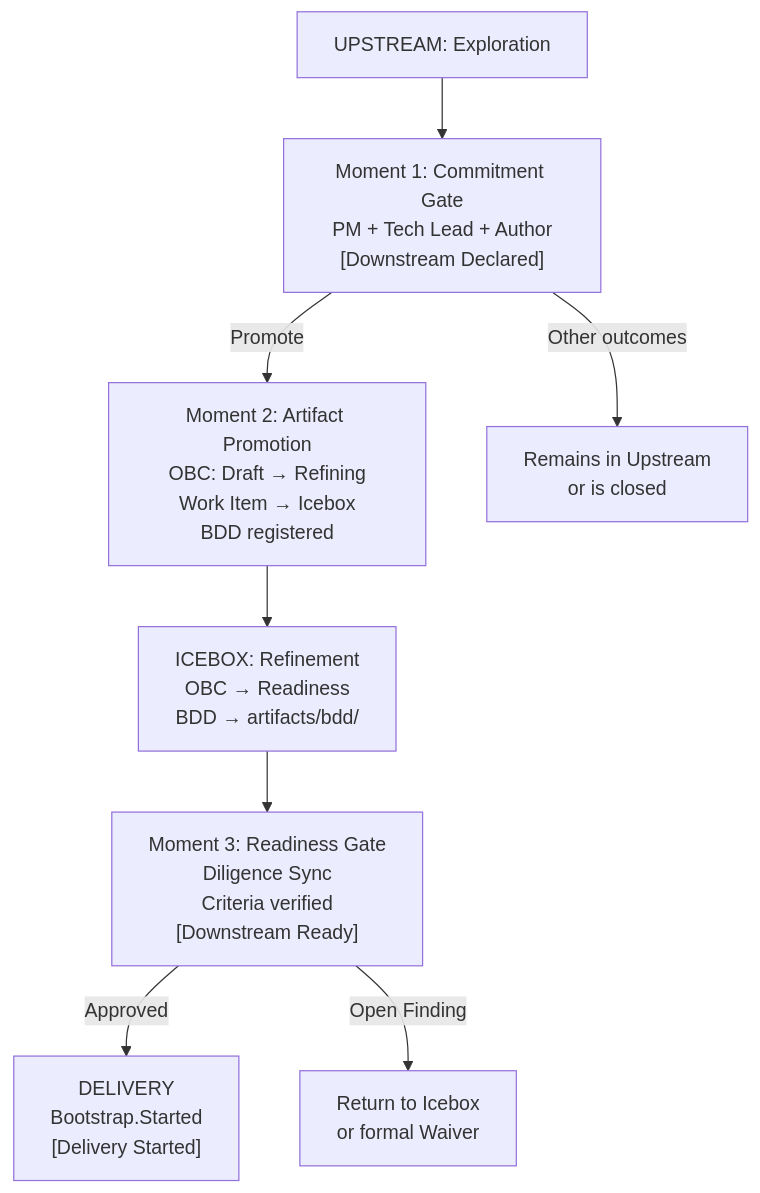
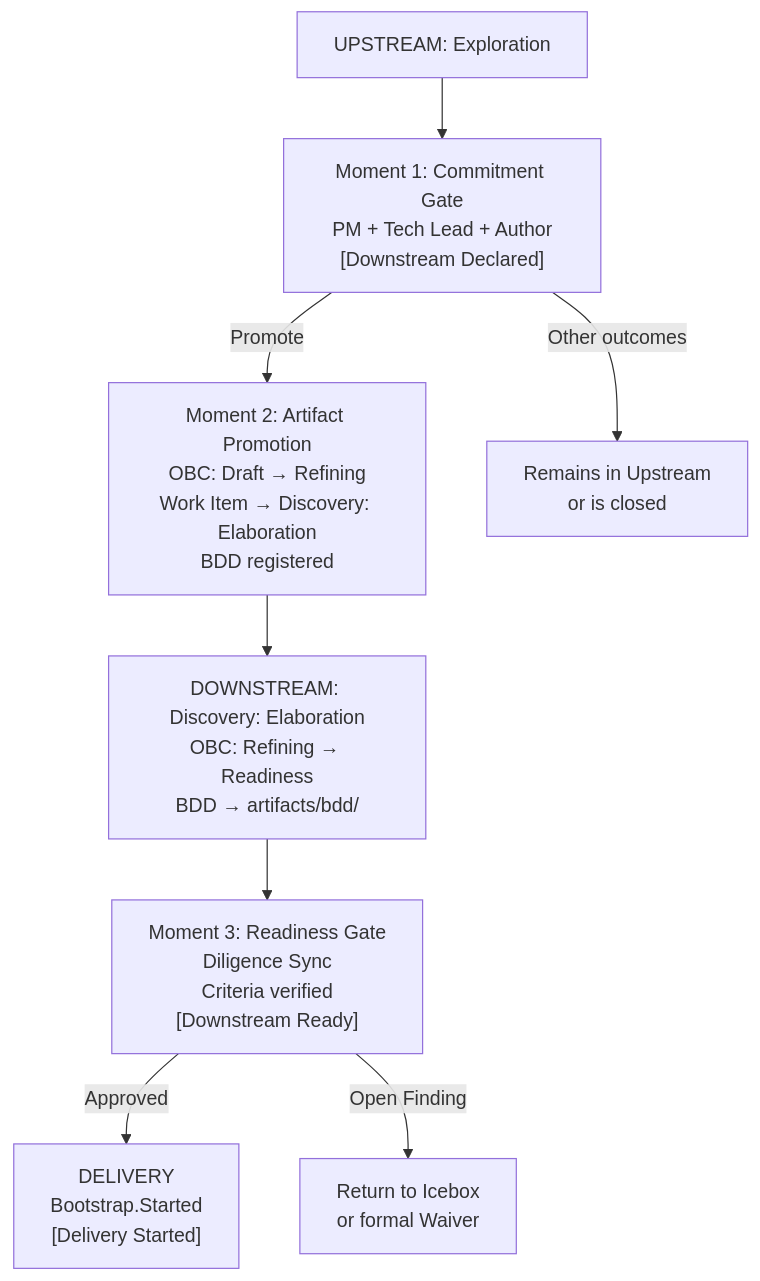
The first of 2 diagrams in en/chapter-06.md (produtoreativo/from-intent-to-outcome), drawn with Mermaid before and after one commit. The commit also changed other lines of this file and 6 other files, not shown here.

First line of the commit message:
refactor: introduz VIEW hierarchy do PIB (Icebox, Upstream, Downstream)

````diff
--- a/en/chapter-06.md
+++ b/en/chapter-06.md
@@ -21,15 +21,15 @@
 ```mermaid
 graph TD
     UP["UPSTREAM: Exploration"] --> M1
 
     M1["Moment 1: Commitment Gate\nPM + Tech Lead + Author\n[Downstream Declared]"]
     M1 -->|"Promote"| M2
     M1 -->|"Other outcomes"| UP2["Remains in Upstream\nor is closed"]
 
-    M2["Moment 2: Artifact Promotion\nOBC: Draft → Refining\nWork Item → Icebox\nBDD registered"]
-    M2 --> ICE["ICEBOX: Refinement\nOBC → Readiness\nBDD → artifacts/bdd/"]
+    M2["Moment 2: Artifact Promotion\nOBC: Draft → Refining\nWork Item → Discovery: Elaboration\nBDD registered"]
+    M2 --> ICE["DOWNSTREAM: Discovery: Elaboration\nOBC: Refining → Readiness\nBDD → artifacts/bdd/"]
 
     ICE --> M3["Moment 3: Readiness Gate\nDiligence Sync\nCriteria verified\n[Downstream Ready]"]
     M3 -->|"Approved"| DEL["DELIVERY\nBootstrap.Started\n[Delivery Started]"]
     M3 -->|"Open Finding"| BLOCK["Return to Icebox\nor formal Waiver"]
 ```
````
